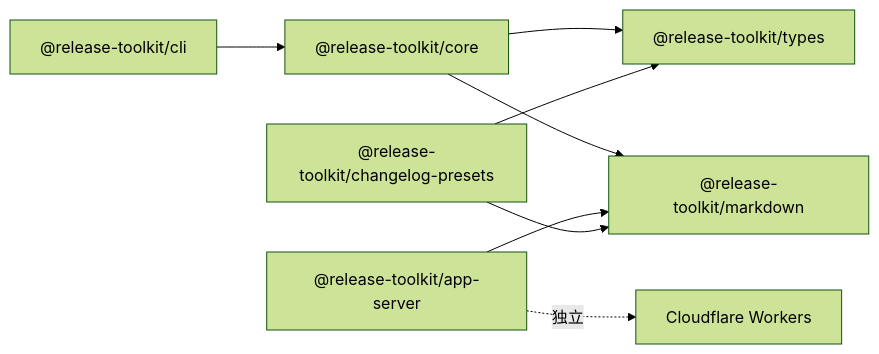
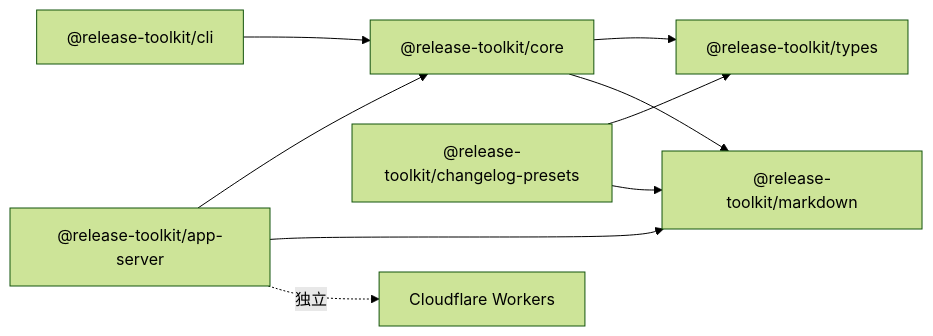
Before and after one commit to release-toolkit/release-toolkit: the second of 2 diagrams in README.md, drawn with Mermaid (forest theme). The commit also changed other lines of this file, not shown here.

````diff
--- a/README.md
+++ b/README.md
@@ -118,10 +166,11 @@
 ```mermaid
 graph LR
     CLI["@release-toolkit/cli"] --> Core["@release-toolkit/core"]
     Core --> Types["@release-toolkit/types"]
     Core --> Markdown["@release-toolkit/markdown"]
-    AppServer["@release-toolkit/app-server"] --> Markdown
+    AppServer["@release-toolkit/app-server"] --> Core
+    AppServer --> Markdown
     Presets["@release-toolkit/changelog-presets"] --> Types
     Presets --> Markdown
     AppServer -.->|独立| Env[Cloudflare Workers]
 ```
````
